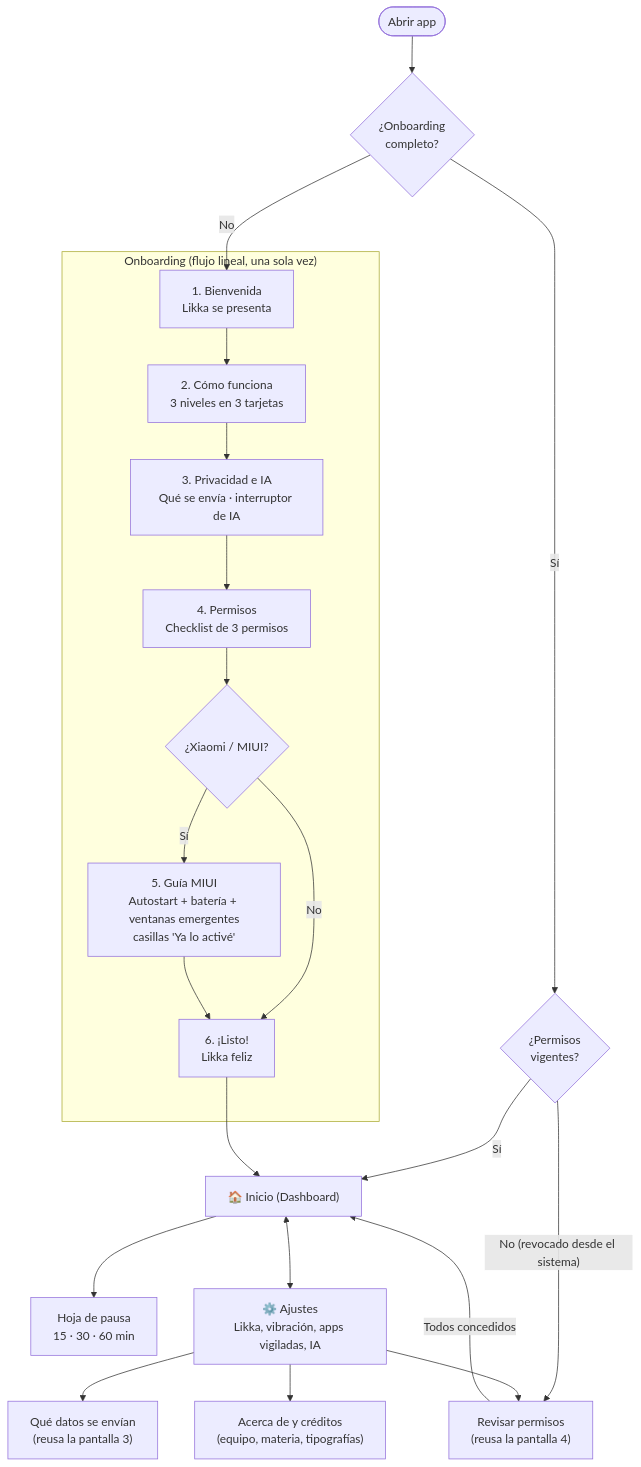
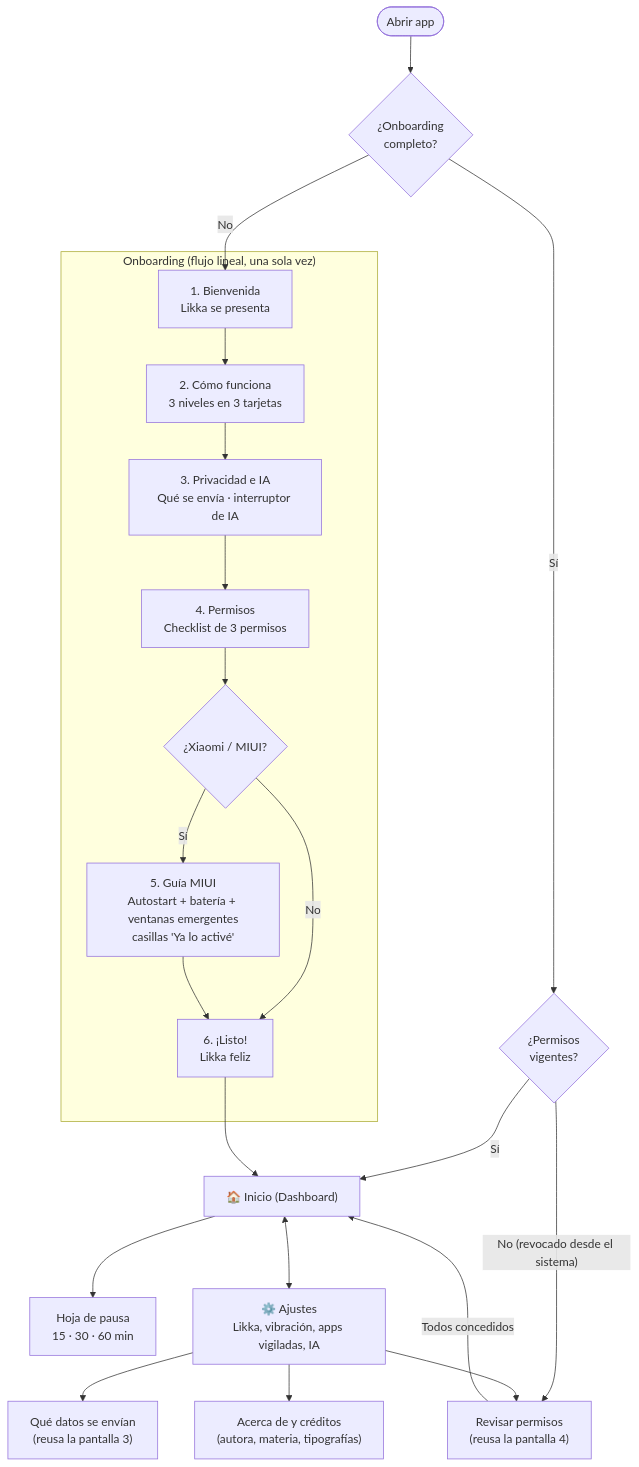
Before and after one commit to SoFzzz/Likka-Pet: the first of 2 diagrams in likkapet_design_system.md, drawn with Mermaid. The commit also changed other lines of this file and 1 other file, not shown here.

````diff
--- a/likkapet_design_system.md
+++ b/likkapet_design_system.md
@@ -685,26 +691,26 @@
 ```mermaid
 flowchart TD
     START(["Abrir app"]) --> CHECK{"¿Onboarding\ncompleto?"}
     CHECK -->|No| OB1
     CHECK -->|"Sí"| PERMCHECK{"¿Permisos\nvigentes?"}
     PERMCHECK -->|"No (revocado desde el sistema)"| PERM["Pantalla de permisos\n(RF-A06, reusa el paso 4)"]
     PERM -->|Todos concedidos| HOME
     PERMCHECK -->|Sí| HOME
 
     subgraph Onboarding["Onboarding (flujo lineal, una sola vez)"]
         OB1["1. Bienvenida\nLikka se presenta"] --> OB2["2. Cómo funciona\n3 niveles en 3 tarjetas"]
         OB2 --> OB3["3. Privacidad e IA\nQué se envía · interruptor de IA"]
         OB3 --> OB4["4. Permisos\nChecklist de 3 permisos"]
         OB4 --> MIUI{"¿Xiaomi / MIUI?"}
         MIUI -->|Sí| OB5["5. Guía MIUI\nAutostart + batería + ventanas emergentes\ncasillas 'Ya lo activé'"]
         MIUI -->|No| OB6
         OB5 --> OB6["6. ¡Listo!\nLikka feliz"]
     end
 
     OB6 --> HOME["🏠 Inicio (Dashboard)"]
     HOME --> PAUSA["Hoja de pausa\n15 · 30 · 60 min"]
     HOME <--> SET["⚙️ Ajustes\nLikka, vibración, apps vigiladas, IA"]
     SET --> PRIV["Qué datos se envían\n(reusa la pantalla 3)"]
     SET --> PERM["Revisar permisos\n(reusa la pantalla 4)"]
-    SET --> ABOUT["Acerca de y créditos\n(equipo, materia, tipografías)"]
+    SET --> ABOUT["Acerca de y créditos\n(autora, materia, tipografías)"]
 ```
````
